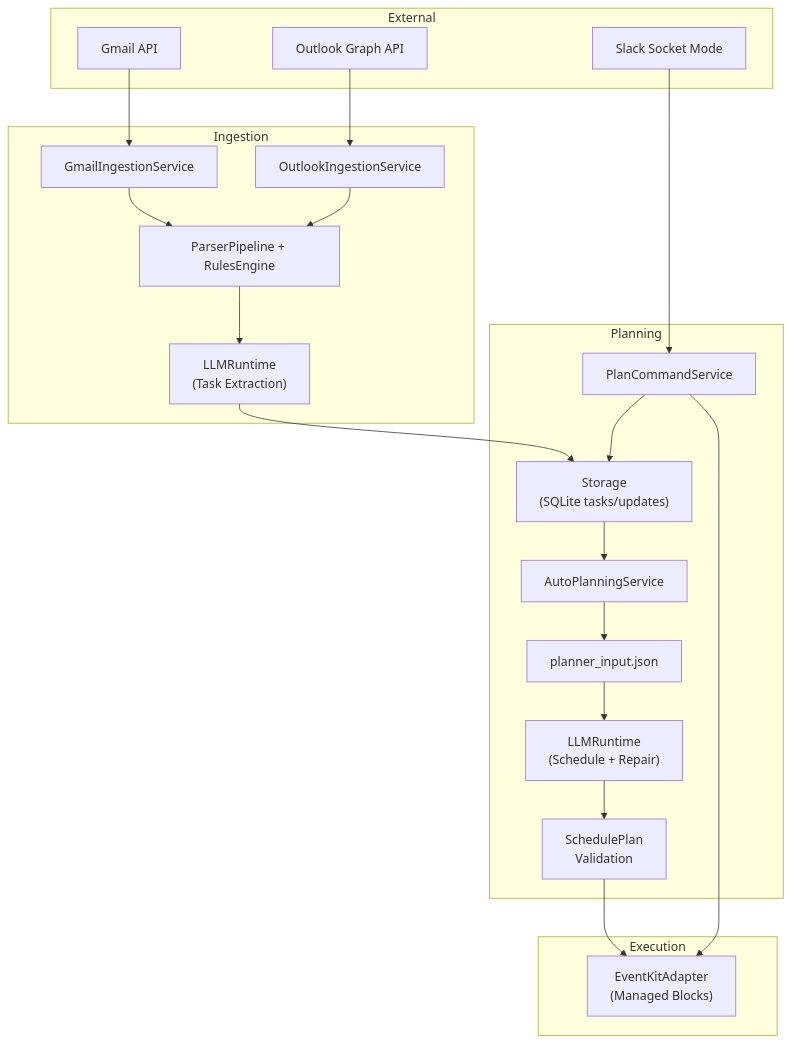
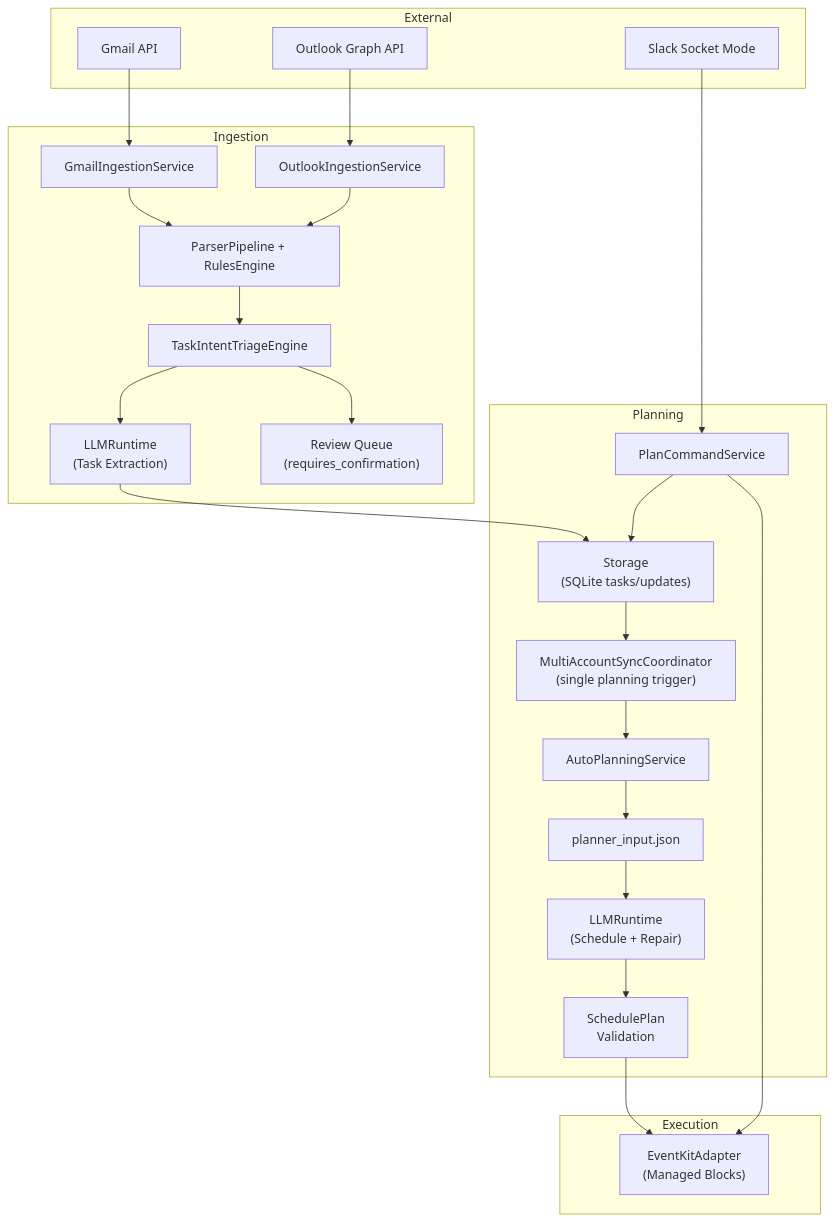
Before and after one commit to DevDesai444/SenseAssist: the diagram in README.md, drawn with Mermaid. The commit also changed other lines of this file, not shown here.

````diff
--- a/README.md
+++ b/README.md
@@ -50,43 +55,49 @@
 ```mermaid
 flowchart TB
     subgraph External
         A["Gmail API"]
         C["Outlook Graph API"]
         M["Slack Socket Mode"]
     end
 
     subgraph Ingestion
         B["GmailIngestionService"]
         D["OutlookIngestionService"]
         E["ParserPipeline + RulesEngine"]
+        T["TaskIntentTriageEngine"]
         F["LLMRuntime<br/>(Task Extraction)"]
+        RQ["Review Queue<br/>(requires_confirmation)"]
     end
 
     subgraph Planning
         G["Storage<br/>(SQLite tasks/updates)"]
+        SC["MultiAccountSyncCoordinator<br/>(single planning trigger)"]
         H["AutoPlanningService"]
         I["planner_input.json"]
         J["LLMRuntime<br/>(Schedule + Repair)"]
         K["SchedulePlan<br/>Validation"]
         N["PlanCommandService"]
     end
 
     subgraph Execution
         L["EventKitAdapter<br/>(Managed Blocks)"]
     end
 
     A --> B
     C --> D
     B --> E
     D --> E
-    E --> F
+    E --> T
+    T --> F
+    T --> RQ
     F --> G
-    G --> H
+    G --> SC
+    SC --> H
     H --> I
     I --> J
     J --> K
     K --> L
     M --> N
     N --> L
     N --> G
 ```
````
